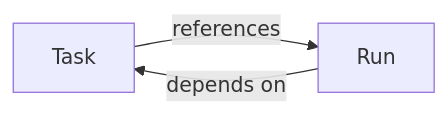
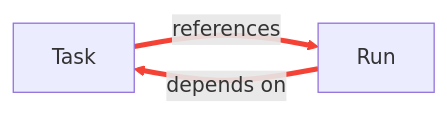
The second of 2 diagrams in packages/cli/test/fixtures/valid/object-function-link/expected.md (dermrvn-code/doc-lang), drawn with Mermaid before and after one commit. The commit also changed 2 other files, not shown here.

Commit message:
feat: highlight cyclic references/dependencies in graph

````diff
--- a/packages/cli/test/fixtures/valid/object-function-link/expected.md
+++ b/packages/cli/test/fixtures/valid/object-function-link/expected.md
@@ -29,9 +29,12 @@
 ```mermaid
 graph LR
 
 task["Task"]
 run["Run"]
 
 task -->|"references"| run
 run -->|"depends on"| task
+
+linkStyle 0 stroke:#f44336,stroke-width:4px;
+linkStyle 1 stroke:#f44336,stroke-width:4px;
 ```
````
